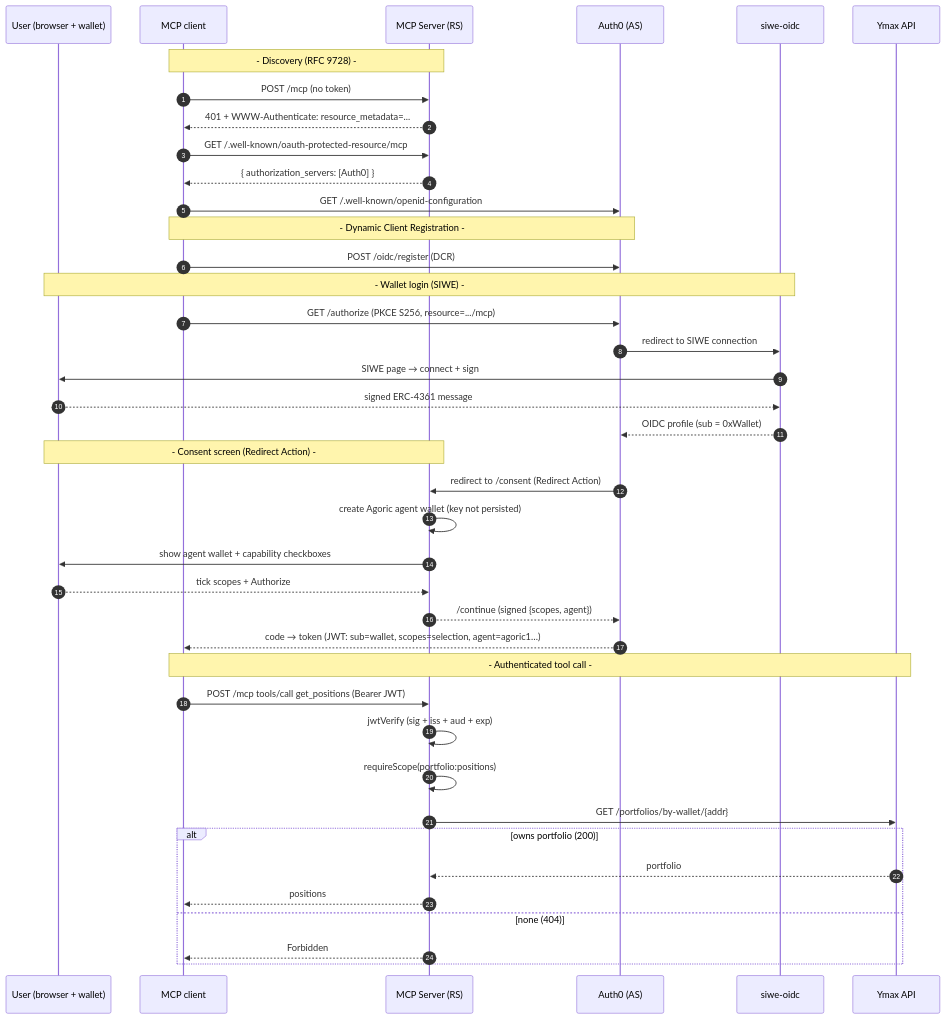
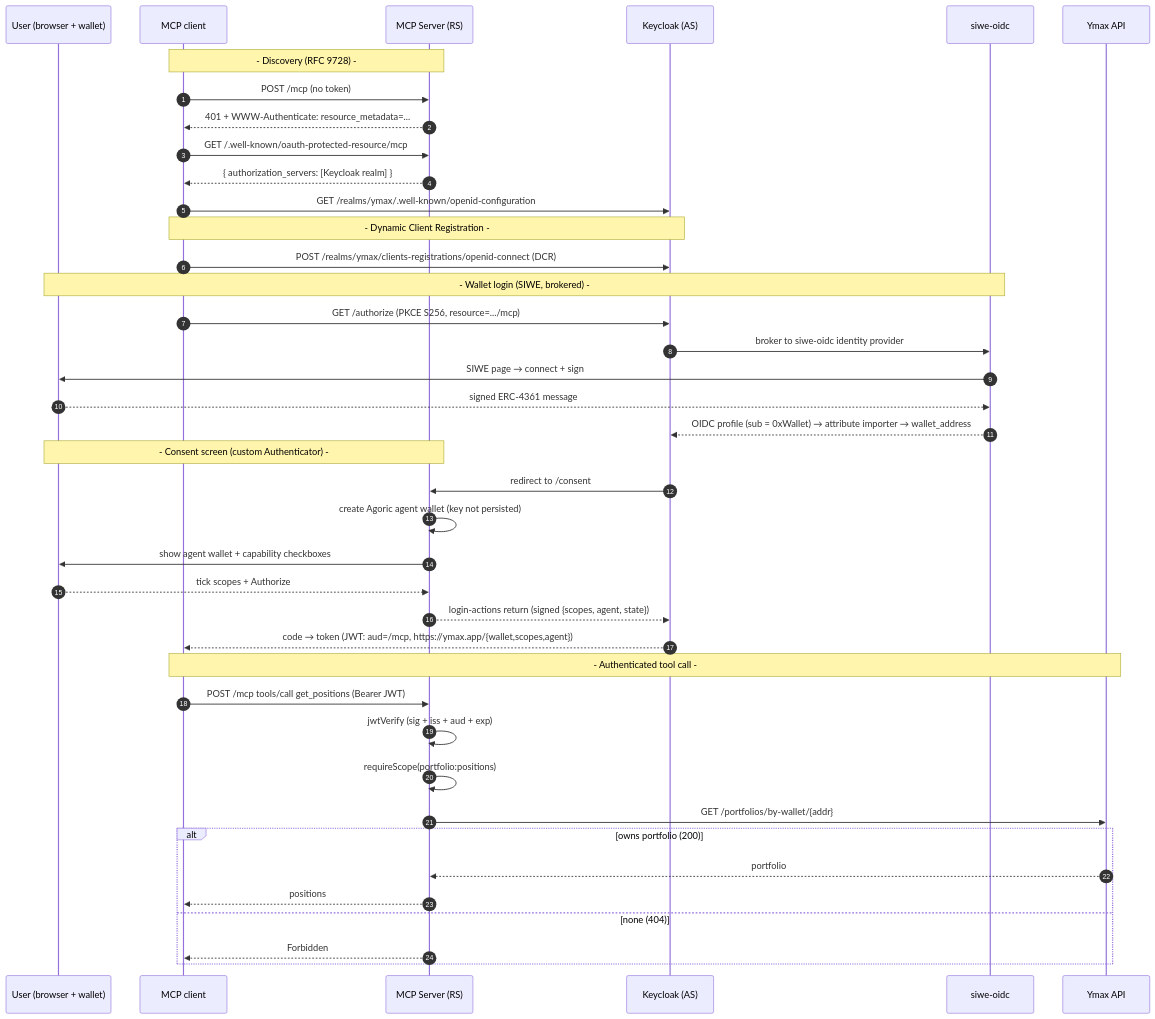
One commit to rabi-siddique/auth0-siwe changed the diagram in docs/design-authn-authz.md. Above: the diagram before and after it, drawn with Mermaid. The commit also changed other lines of this file and 17 other files, not shown here.

Commit message:
keycloak + siwe

````diff
--- a/docs/design-authn-authz.md
+++ b/docs/design-authn-authz.md
@@ -86,47 +105,47 @@
 ```mermaid
 sequenceDiagram
     autonumber
     participant U as User (browser + wallet)
     participant C as MCP client
     participant M as MCP Server (RS)
-    participant A as Auth0 (AS)
+    participant K as Keycloak (AS)
     participant S as siwe-oidc
     participant Y as Ymax API
 
     Note over C,M: - Discovery (RFC 9728) -
     C->>M: POST /mcp (no token)
     M-->>C: 401 + WWW-Authenticate: resource_metadata=...
     C->>M: GET /.well-known/oauth-protected-resource/mcp
-    M-->>C: { authorization_servers: [Auth0] }
-    C->>A: GET /.well-known/openid-configuration
+    M-->>C: { authorization_servers: [Keycloak realm] }
+    C->>K: GET /realms/ymax/.well-known/openid-configuration
 
-    Note over C,A: - Dynamic Client Registration -
-    C->>A: POST /oidc/register (DCR)
+    Note over C,K: - Dynamic Client Registration -
+    C->>K: POST /realms/ymax/clients-registrations/openid-connect (DCR)
 
-    Note over U,S: - Wallet login (SIWE) -
-    C->>A: GET /authorize (PKCE S256, resource=.../mcp)
-    A->>S: redirect to SIWE connection
+    Note over U,S: - Wallet login (SIWE, brokered) -
+    C->>K: GET /authorize (PKCE S256, resource=.../mcp)
+    K->>S: broker to siwe-oidc identity provider
     S->>U: SIWE page → connect + sign
     U-->>S: signed ERC-4361 message
-    S-->>A: OIDC profile (sub = 0xWallet)
+    S-->>K: OIDC profile (sub = 0xWallet) → attribute importer → wallet_address
 
-    Note over U,M: - Consent screen (Redirect Action) -
-    A->>M: redirect to /consent (Redirect Action)
+    Note over U,M: - Consent screen (custom Authenticator) -
+    K->>M: redirect to /consent
     M->>M: create Agoric agent wallet (key not persisted)
     M->>U: show agent wallet + capability checkboxes
     U-->>M: tick scopes + Authorize
-    M-->>A: /continue (signed {scopes, agent})
-    A-->>C: code → token (JWT: sub=wallet, scopes=selection, agent=agoric1…)
+    M-->>K: login-actions return (signed {scopes, agent, state})
+    K-->>C: code → token (JWT: aud=/mcp, https://ymax.app/{wallet,scopes,agent})
 
     Note over C,Y: - Authenticated tool call -
     C->>M: POST /mcp tools/call get_positions (Bearer JWT)
     M->>M: jwtVerify (sig + iss + aud + exp)
     M->>M: requireScope(portfolio:positions)
     M->>Y: GET /portfolios/by-wallet/{addr}
     alt owns portfolio (200)
         Y-->>M: portfolio
         M-->>C: positions
     else none (404)
         M-->>C: Forbidden
     end
 ```
````
